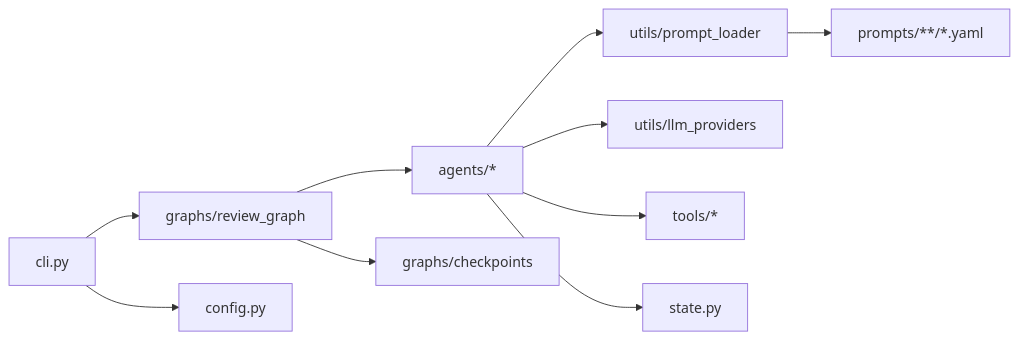
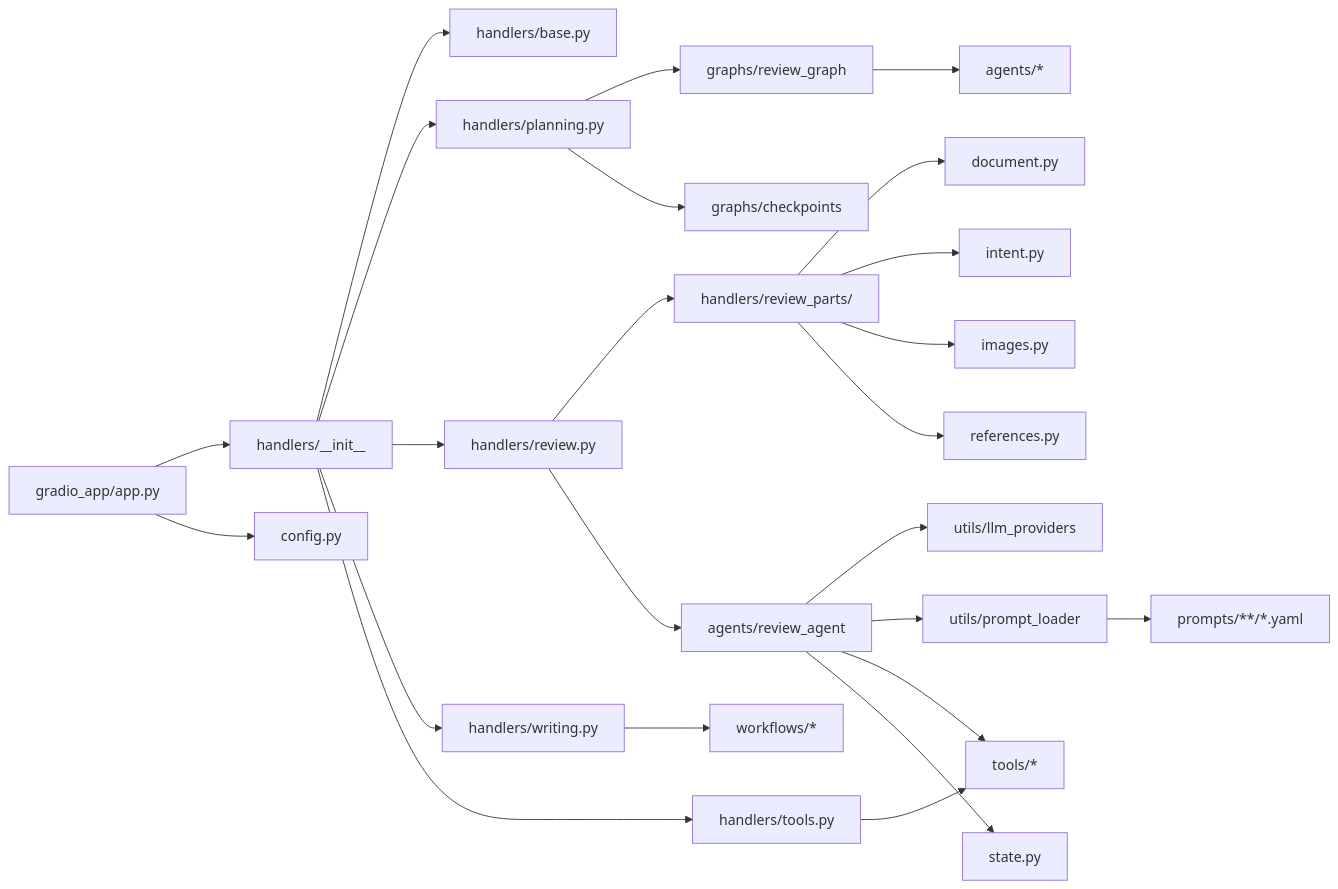
One commit to duartejr/revisao_agents changed the third of 3 diagrams in docs/mermaid_diagram.md. Above: the diagram before and after it, drawn with Mermaid.

Commit message:
docs: update package dependency graph for handlers/ subpackage

````diff
--- a/docs/mermaid_diagram.md
+++ b/docs/mermaid_diagram.md
@@ -35,12 +35,26 @@
 ```mermaid
 graph LR
-    CLI[cli.py] --> GR[graphs/review_graph]
-    GR --> AG[agents/*]
-    GR --> CP[graphs/checkpoints]
+    APP[gradio_app/app.py] --> H[handlers/__init__]
+    H --> HB[handlers/base.py]
+    H --> HP[handlers/planning.py]
+    H --> HR[handlers/review.py]
+    H --> HW[handlers/writing.py]
+    H --> HT[handlers/tools.py]
+    HR --> RP[handlers/review_parts/]
+    RP --> RPD[document.py]
+    RP --> RPI[intent.py]
+    RP --> RPIM[images.py]
+    RP --> RPR[references.py]
+    HP --> GR[graphs/review_graph]
+    HP --> CP[graphs/checkpoints]
+    HR --> AG[agents/review_agent]
+    HW --> WF[workflows/*]
+    HT --> TS[tools/*]
+    GR --> AG2[agents/*]
+    AG --> LLM[utils/llm_providers]
     AG --> PL[utils/prompt_loader]
-    AG --> LLM[utils/llm_providers]
-    AG --> TS[tools/*]
+    AG --> TS
     PL --> PR[prompts/**/*.yaml]
     AG --> ST[state.py]
-    CLI --> CFG[config.py]
+    APP --> CFG[config.py]
 ```
````
